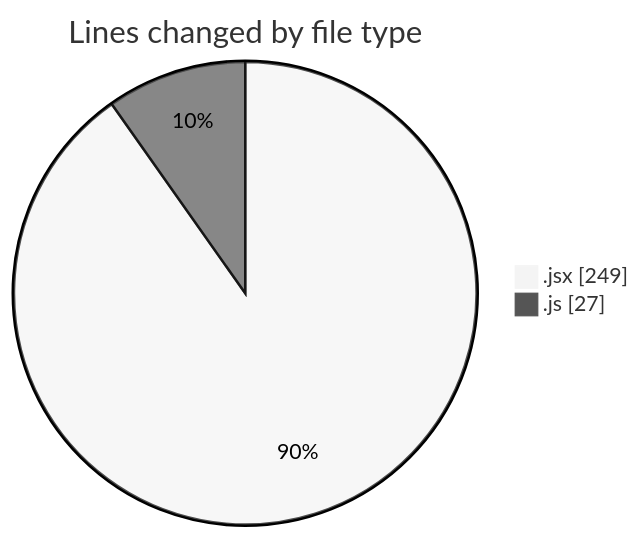
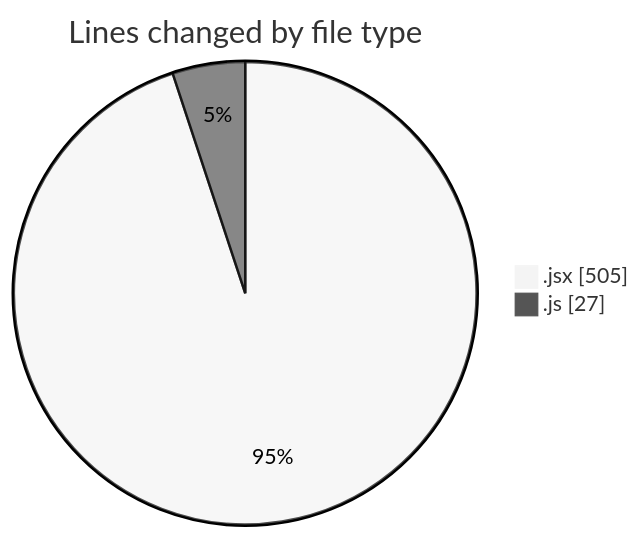
The first of 2 diagrams in 2025-05-16/argos-dev/README.md (nxtqubesakshisongat/code-tracking), drawn with Mermaid (neutral theme) before and after one commit. The commit also changed other lines of this file and 1 other file, not shown here.

````diff
--- a/2025-05-16/argos-dev/README.md
+++ b/2025-05-16/argos-dev/README.md
@@ -21,6 +22,6 @@
 ```mermaid
 pie showData
 title Lines changed by file type
-".jsx" : 249
+".jsx" : 505
 ".js" : 27
 ```
````
